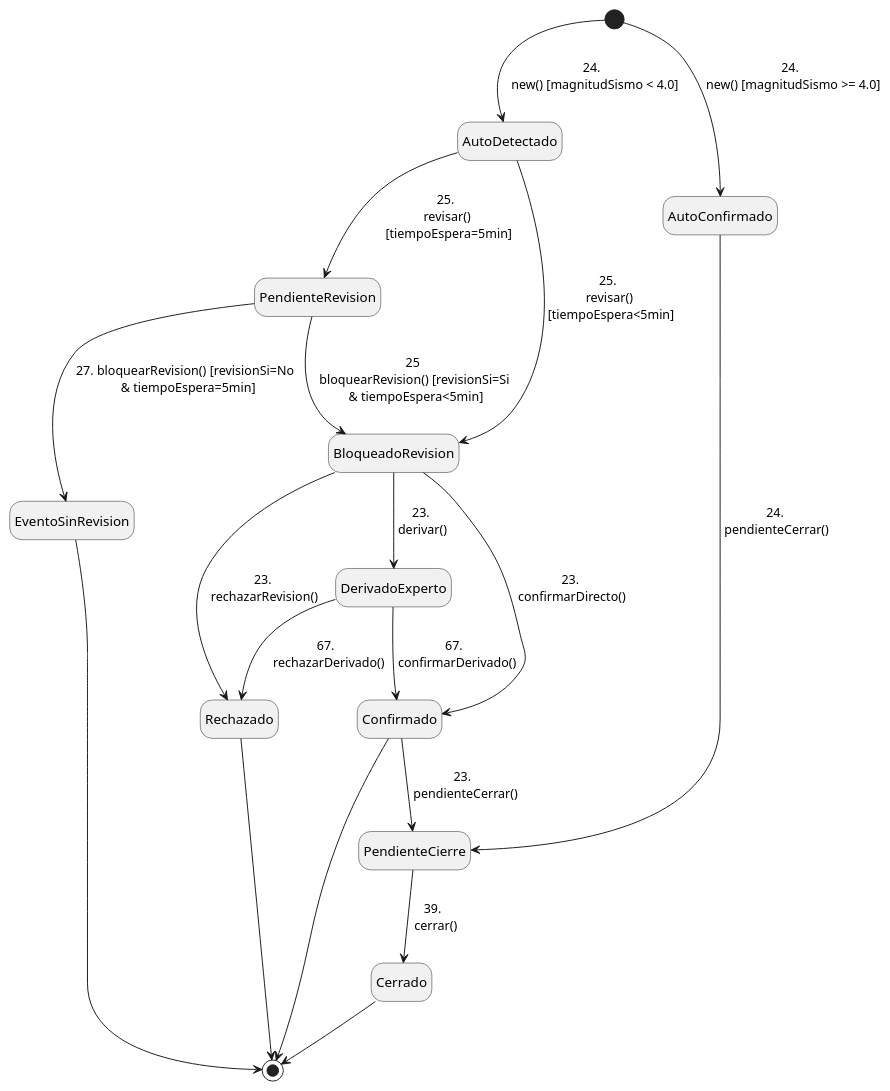
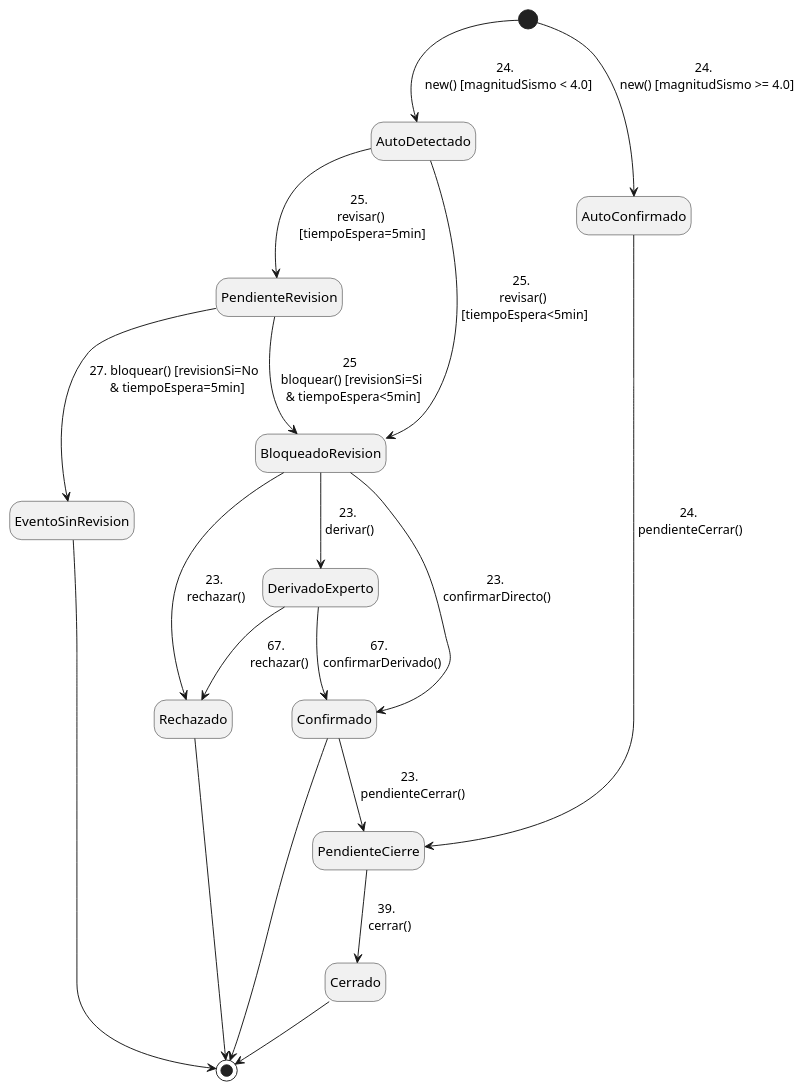
The first of 3 diagrams in diagramas/Diagramas.plantuml (ciggyx/TPI-Grupo7), drawn with PlantUML before and after one commit. The commit also changed other lines of this file and 3 other files, not shown here.

Commit message:
Fixeo parte estática, dinámica + svg diagramas

```diff
--- a/diagramas/Diagramas.plantuml
+++ b/diagramas/Diagramas.plantuml
@@ -2,30 +1,30 @@
 @startuml maquinaEstadoEventoSismico
 hide empty description
 'Casos de uso:
 '23: Registrar resultado de revisión manual
 '24: Registrar evento sísmico
 '25: Modificar evento sísmico
 '27: Anular evento sísmico
 '38: Verificar eventos sísmicos auto detectados
 '39: Cerrar evento sísmico
 '67: Registrar resultado de revisión de un evento sismico derivado
 
 [*]-->AutoDetectado : 24. \n new() [magnitudSismo < 4.0]
 [*]-->AutoConfirmado : 24. \n new() [magnitudSismo >= 4.0]
 AutoDetectado-->PendienteRevision :  25. \n revisar() \n [tiempoEspera=5min] 
-PendienteRevision-->BloqueadoRevision: 25 \n bloquearRevision() [revisionSi=Si \n & tiempoEspera<5min]
-PendienteRevision-->EventoSinRevision: 27. bloquearRevision() [revisionSi=No \n & tiempoEspera=5min]
+PendienteRevision-->BloqueadoRevision: 25 \n bloquear() [revisionSi=Si \n & tiempoEspera<5min]
+PendienteRevision-->EventoSinRevision: 27. bloquear() [revisionSi=No \n & tiempoEspera=5min]
 AutoDetectado --> BloqueadoRevision: 25. \n revisar() \n [tiempoEspera<5min]
 BloqueadoRevision-->Confirmado: 23.\n confirmarDirecto()
-BloqueadoRevision-->Rechazado:  23.\n rechazarRevision()
+BloqueadoRevision-->Rechazado:  23.\n rechazar()
 BloqueadoRevision-->DerivadoExperto:  23.\n derivar()
 DerivadoExperto-->Confirmado: 67. \n confirmarDerivado()
-DerivadoExperto-->Rechazado: 67. \n rechazarDerivado()
+DerivadoExperto-->Rechazado: 67. \n rechazar()
 Confirmado-->PendienteCierre: 23. \n pendienteCerrar()
 AutoConfirmado-->PendienteCierre: 24.\n pendienteCerrar()
 PendienteCierre --> Cerrado: 39. \n cerrar()
 Cerrado --> [*]
 EventoSinRevision --> [*]
 Confirmado --> [*]
 Rechazado --> [*]
 @enduml
```
